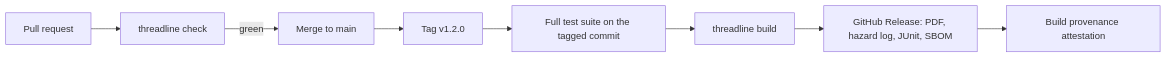
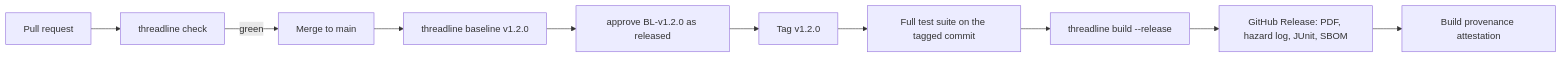
One commit to JFrusher/Threadline changed the diagram in docs/ci-and-releases.md. Above: the diagram before and after it, drawn with Mermaid. The commit also changed other lines of this file and 11 other files, not shown here.

First line of the commit message:
docs: bring docs in line with main's signer chain, baselines and release flow

````diff
--- a/docs/ci-and-releases.md
+++ b/docs/ci-and-releases.md
@@ -42,10 +55,12 @@
 ```mermaid
 flowchart LR
   PR[Pull request] --> CHECK[threadline check]
   CHECK -->|green| MERGE[Merge to main]
-  MERGE --> TAG[Tag v1.2.0]
+  MERGE --> BL[threadline baseline v1.2.0]
+  BL --> SIGN[approve BL-v1.2.0 as released]
+  SIGN --> TAG[Tag v1.2.0]
   TAG --> RERUN[Full test suite on the tagged commit]
-  RERUN --> BUILD[threadline build]
+  RERUN --> BUILD[threadline build --release]
   BUILD --> REL[GitHub Release: PDF, hazard log, JUnit, SBOM]
   REL --> ATT[Build provenance attestation]
 ```
````
